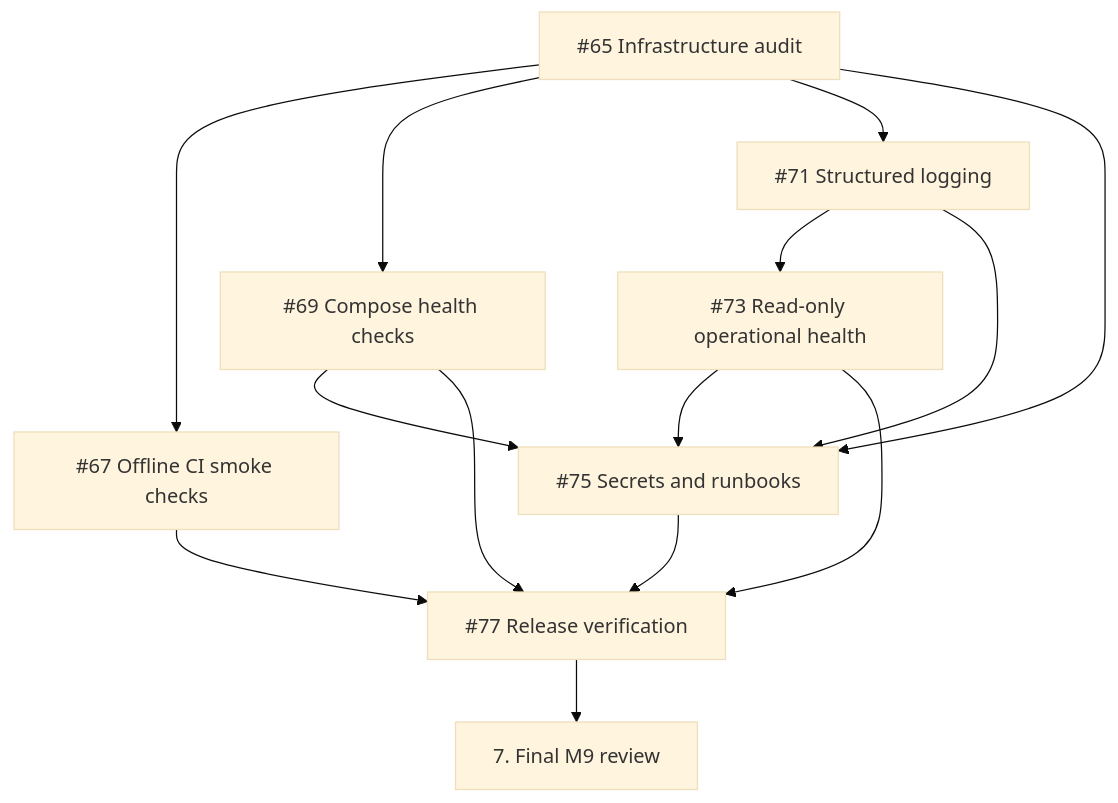
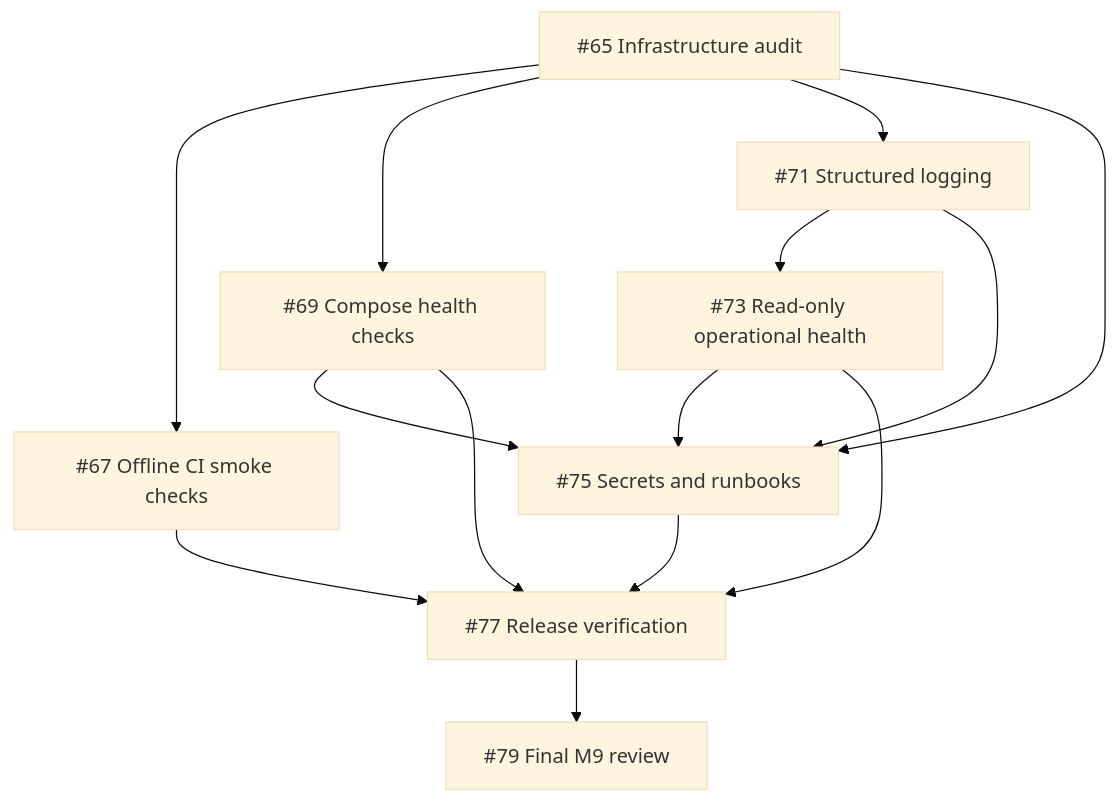
One commit to Ahmeddsayedd/financial-market-data-platform changed the diagram in docs/operations/m9-implementation-plan.md. Above: the diagram before and after it, drawn with Mermaid (base theme). The commit also changed other lines of this file and 3 other files, not shown here.

````diff
--- a/docs/operations/m9-implementation-plan.md
+++ b/docs/operations/m9-implementation-plan.md
@@ -80,25 +80,25 @@
 ```mermaid
 flowchart TD
     Audit["#65 Infrastructure audit"]
     CI["#67 Offline CI smoke checks"]
     Compose["#69 Compose health checks"]
     Logging["#71 Structured logging"]
     Health["#73 Read-only operational health"]
     Runbook["#75 Secrets and runbooks"]
     Release["#77 Release verification"]
-    Review["7. Final M9 review"]
+    Review["#79 Final M9 review"]
 
     Audit --> CI
     Audit --> Compose
     Audit --> Logging
     Logging --> Health
     Audit --> Runbook
     Compose --> Runbook
     Logging --> Runbook
     Health --> Runbook
     CI --> Release
     Compose --> Release
     Health --> Release
     Runbook --> Release
     Release --> Review
 ```
````
